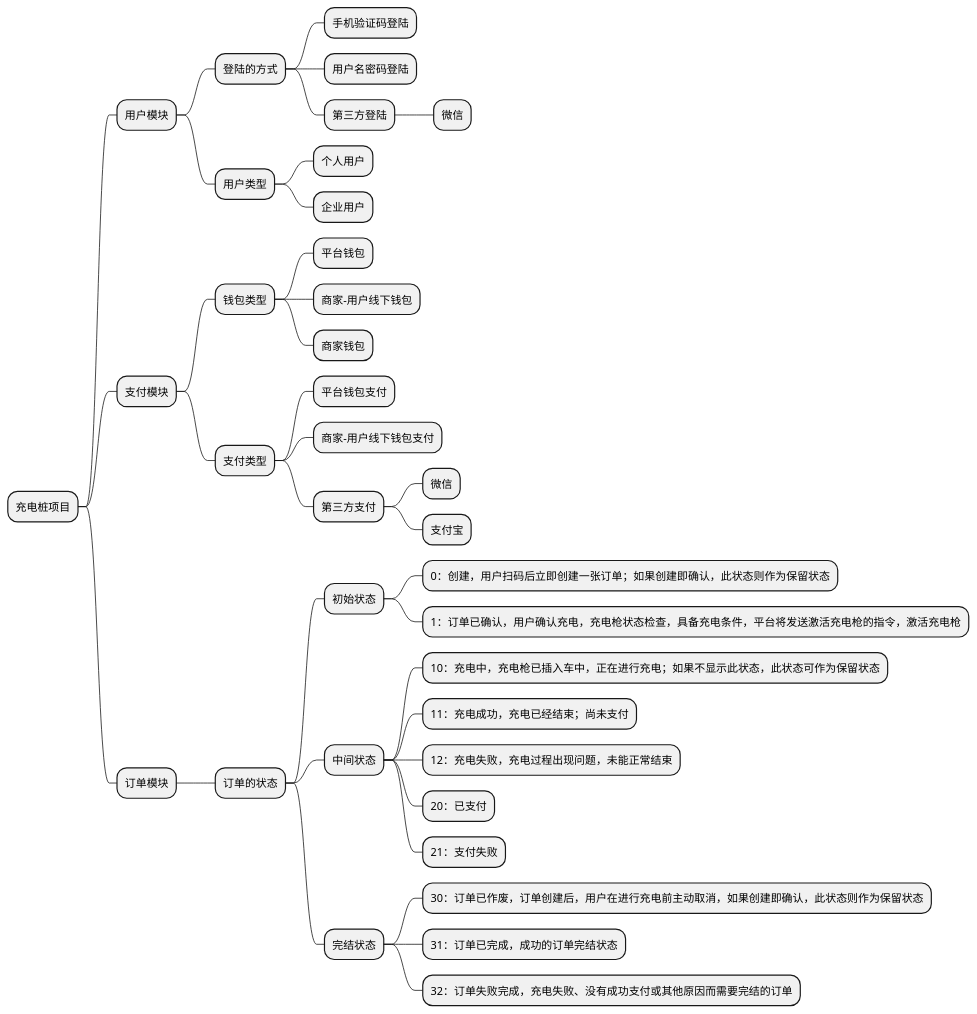
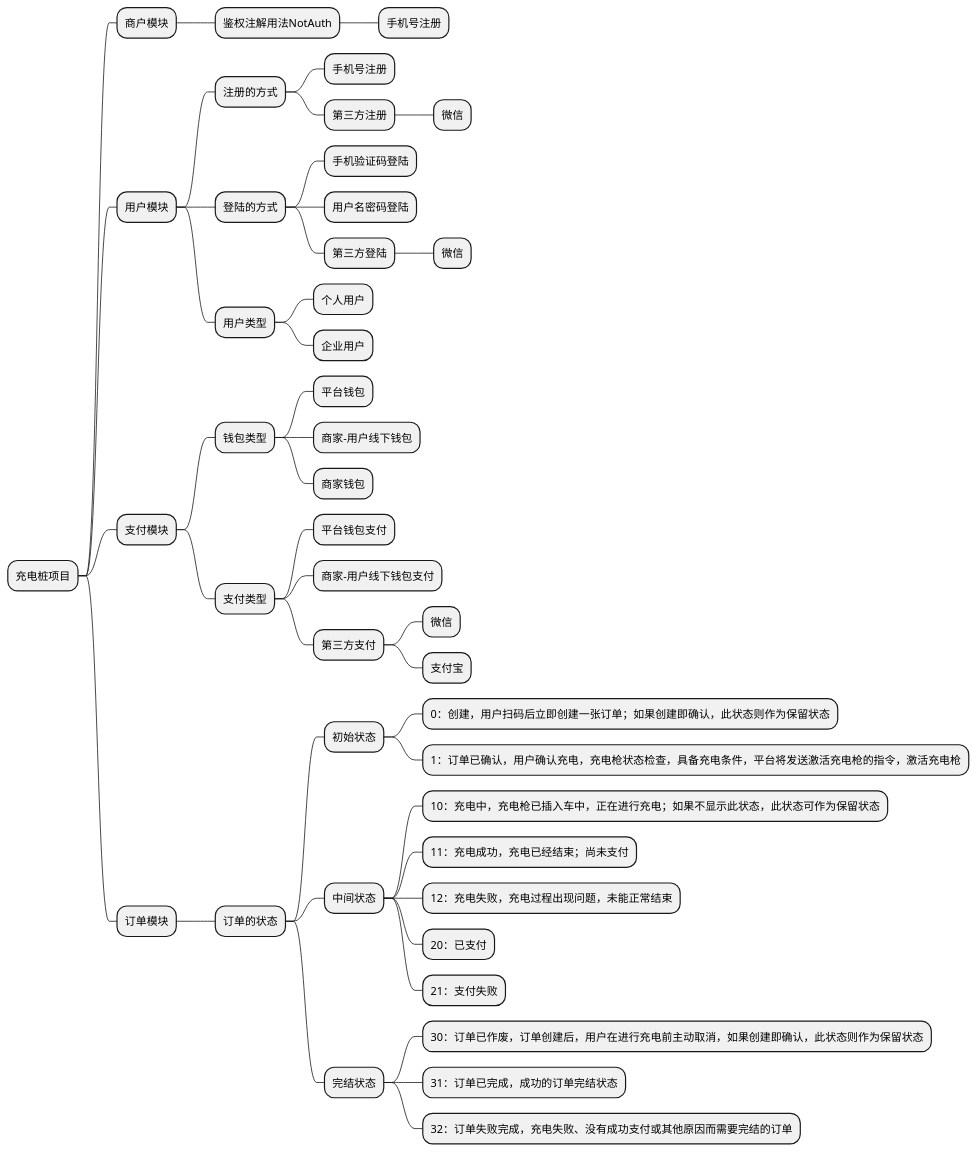
One commit to Socrates2017/Zetty changed the diagram in cms/doc/cdz-meiju.puml. Above: the diagram before and after it, drawn with PlantUML. The commit also changed 29 other files, not shown here.

```diff
--- a/cms/doc/cdz-meiju.puml
+++ b/cms/doc/cdz-meiju.puml
@@ -1,47 +1,55 @@
 @startmindmap
 * 充电桩项目
 
+** 商户模块
+*** 鉴权注解用法NotAuth
+**** 手机号注册
+
 ** 用户模块
+*** 注册的方式
+**** 手机号注册
+**** 第三方注册
+***** 微信
 *** 登陆的方式
 **** 手机验证码登陆
 **** 用户名密码登陆
 **** 第三方登陆
 ***** 微信
 *** 用户类型
 **** 个人用户
 **** 企业用户
 
 ** 支付模块
 *** 钱包类型
 **** 平台钱包
 **** 商家-用户线下钱包
 **** 商家钱包
 *** 支付类型
 **** 平台钱包支付
 **** 商家-用户线下钱包支付
 **** 第三方支付
 ***** 微信
 ***** 支付宝
 
 ** 订单模块
 *** 订单的状态
 **** 初始状态
 ***** 0：创建，用户扫码后立即创建一张订单；如果创建即确认，此状态则作为保留状态
 ***** 1：订单已确认，用户确认充电，充电枪状态检查，具备充电条件，平台将发送激活充电枪的指令，激活充电枪
 **** 中间状态
 ***** 10：充电中，充电枪已插入车中，正在进行充电；如果不显示此状态，此状态可作为保留状态
 ***** 11：充电成功，充电已经结束；尚未支付
 ***** 12：充电失败，充电过程出现问题，未能正常结束
 ***** 20：已支付
 ***** 21：支付失败
 **** 完结状态
 ***** 30：订单已作废，订单创建后，用户在进行充电前主动取消，如果创建即确认，此状态则作为保留状态
 ***** 31：订单已完成，成功的订单完结状态
 ***** 32：订单失败完成，充电失败、没有成功支付或其他原因而需要完结的订单
 
 
 
 
 
 
 @endmindmap
```
